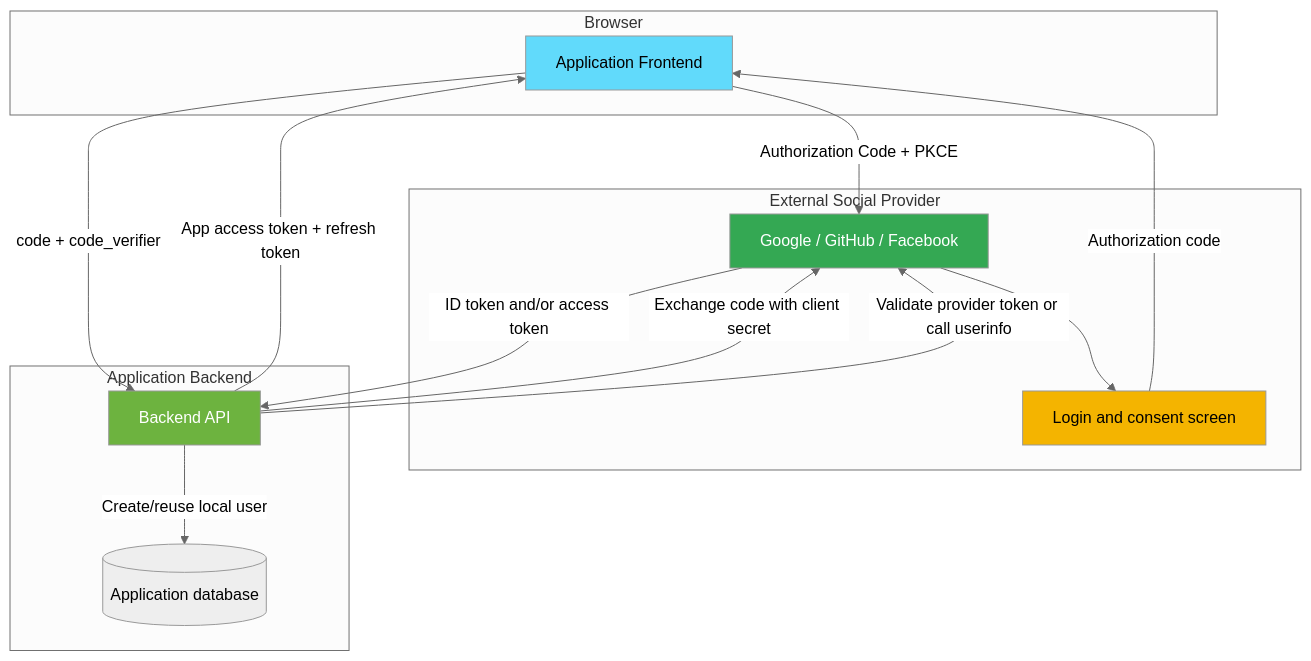
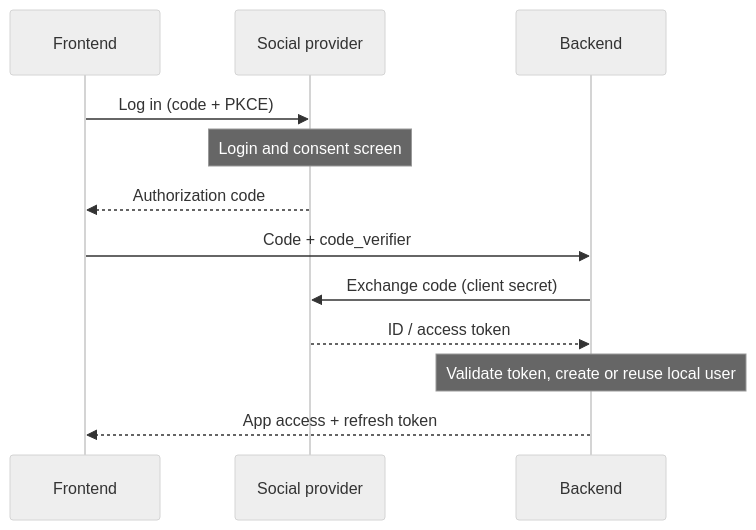
Before and after one commit to slawekradzyminski/awesome-localstack: the first of 8 diagrams in docs/DIRECT_SOCIAL_LOGIN.md, drawn with Mermaid (neutral theme). The commit also changed other lines of this file and 89 other files, not shown here.

First line of the commit message:
Commerce wave 3: payment-service, tracking, backend 3.15.0, frontend 3.12.0, docs wiki (#81)

````diff
--- a/docs/DIRECT_SOCIAL_LOGIN.md
+++ b/docs/DIRECT_SOCIAL_LOGIN.md
@@ -25,31 +25,14 @@
 ```mermaid
-graph TB
-    subgraph Browser
-        FE[Application Frontend]
-    end
-
-    subgraph "External Social Provider"
-        PROVIDER[Google / GitHub / Facebook]
-        CONSENT[Login and consent screen]
-    end
-
-    subgraph "Application Backend"
-        BE[Backend API]
-        DB[(Application database)]
-    end
-
-    FE -->|"Authorization Code + PKCE"| PROVIDER
-    PROVIDER --> CONSENT
-    CONSENT -->|"Authorization code"| FE
-    FE -->|"code + code_verifier"| BE
-    BE -->|"Exchange code with client secret"| PROVIDER
-    PROVIDER -->|"ID token and/or access token"| BE
-    BE -->|"Validate provider token or call userinfo"| PROVIDER
-    BE -->|"Create/reuse local user"| DB
-    BE -->|"App access token + refresh token"| FE
-
-    style PROVIDER fill:#34A853,color:#fff
-    style CONSENT fill:#F4B400,color:#000
-    style FE fill:#61DAFB,color:#000
-    style BE fill:#6DB33F,color:#fff
+sequenceDiagram
+    participant FE as Frontend
+    participant SP as Social provider
+    participant BE as Backend
+    FE->>SP: Log in (code + PKCE)
+    Note over SP: Login and consent screen
+    SP-->>FE: Authorization code
+    FE->>BE: Code + code_verifier
+    BE->>SP: Exchange code (client secret)
+    SP-->>BE: ID / access token
+    Note over BE: Validate token, create or reuse local user
+    BE-->>FE: App access + refresh token
 ```
````
